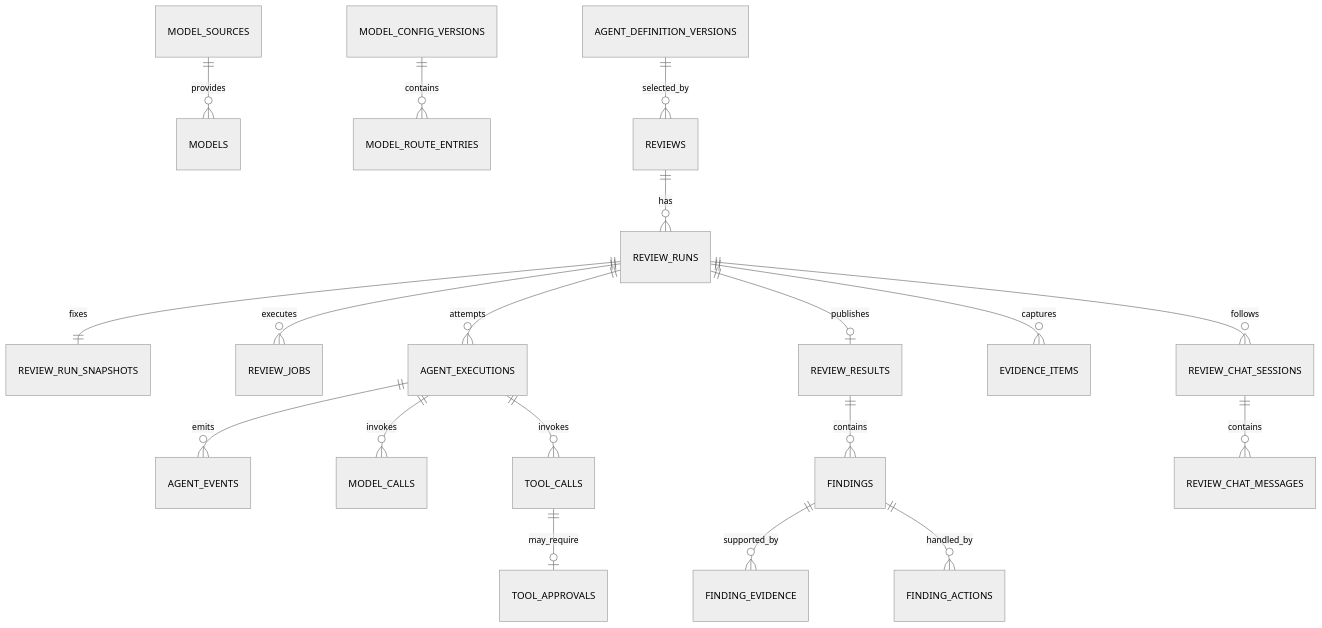
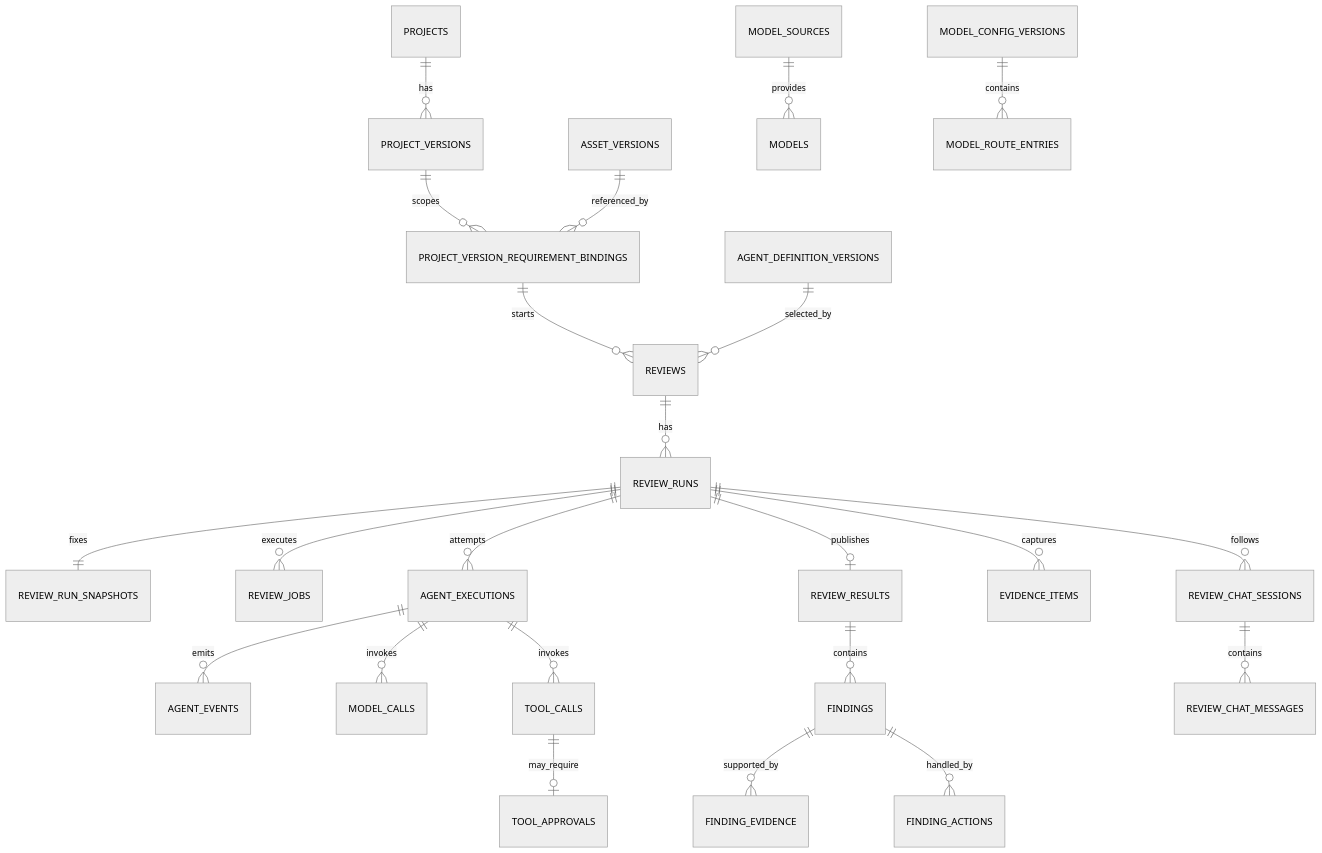
One commit to lishilei123/SmartHub changed the third of 8 diagrams in 技术文档/第二期-需求评审与大模型配置技术文档.md. Above: the diagram before and after it, drawn with Mermaid (neutral theme). The commit also changed other lines of this file and 7 other files, not shown here.

````diff
--- a/技术文档/第二期-需求评审与大模型配置技术文档.md
+++ b/技术文档/第二期-需求评审与大模型配置技术文档.md
@@ -396,21 +419,25 @@
 ```mermaid
 erDiagram
+    PROJECTS ||--o{ PROJECT_VERSIONS : has
+    PROJECT_VERSIONS ||--o{ PROJECT_VERSION_REQUIREMENT_BINDINGS : scopes
+    ASSET_VERSIONS ||--o{ PROJECT_VERSION_REQUIREMENT_BINDINGS : referenced_by
+    PROJECT_VERSION_REQUIREMENT_BINDINGS ||--o{ REVIEWS : starts
     MODEL_SOURCES ||--o{ MODELS : provides
     MODEL_CONFIG_VERSIONS ||--o{ MODEL_ROUTE_ENTRIES : contains
     AGENT_DEFINITION_VERSIONS ||--o{ REVIEWS : selected_by
     REVIEWS ||--o{ REVIEW_RUNS : has
     REVIEW_RUNS ||--|| REVIEW_RUN_SNAPSHOTS : fixes
     REVIEW_RUNS ||--o{ REVIEW_JOBS : executes
     REVIEW_RUNS ||--o{ AGENT_EXECUTIONS : attempts
     AGENT_EXECUTIONS ||--o{ AGENT_EVENTS : emits
     AGENT_EXECUTIONS ||--o{ MODEL_CALLS : invokes
     AGENT_EXECUTIONS ||--o{ TOOL_CALLS : invokes
     TOOL_CALLS ||--o| TOOL_APPROVALS : may_require
     REVIEW_RUNS ||--o| REVIEW_RESULTS : publishes
     REVIEW_RESULTS ||--o{ FINDINGS : contains
     FINDINGS ||--o{ FINDING_EVIDENCE : supported_by
     FINDINGS ||--o{ FINDING_ACTIONS : handled_by
     REVIEW_RUNS ||--o{ EVIDENCE_ITEMS : captures
     REVIEW_RUNS ||--o{ REVIEW_CHAT_SESSIONS : follows
     REVIEW_CHAT_SESSIONS ||--o{ REVIEW_CHAT_MESSAGES : contains
 ```
````
